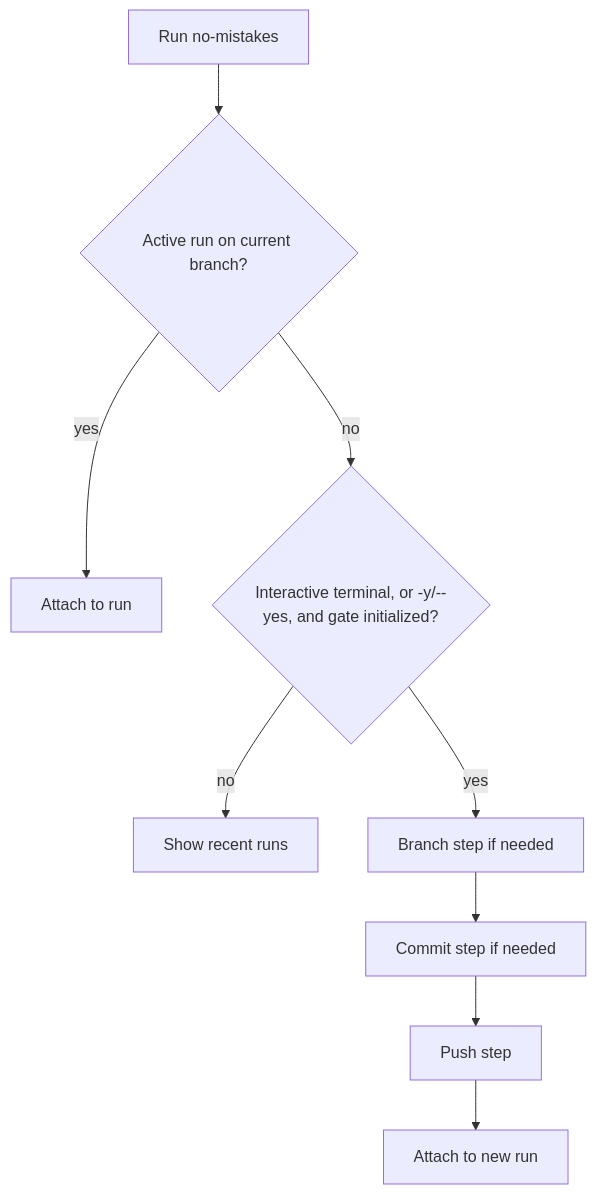
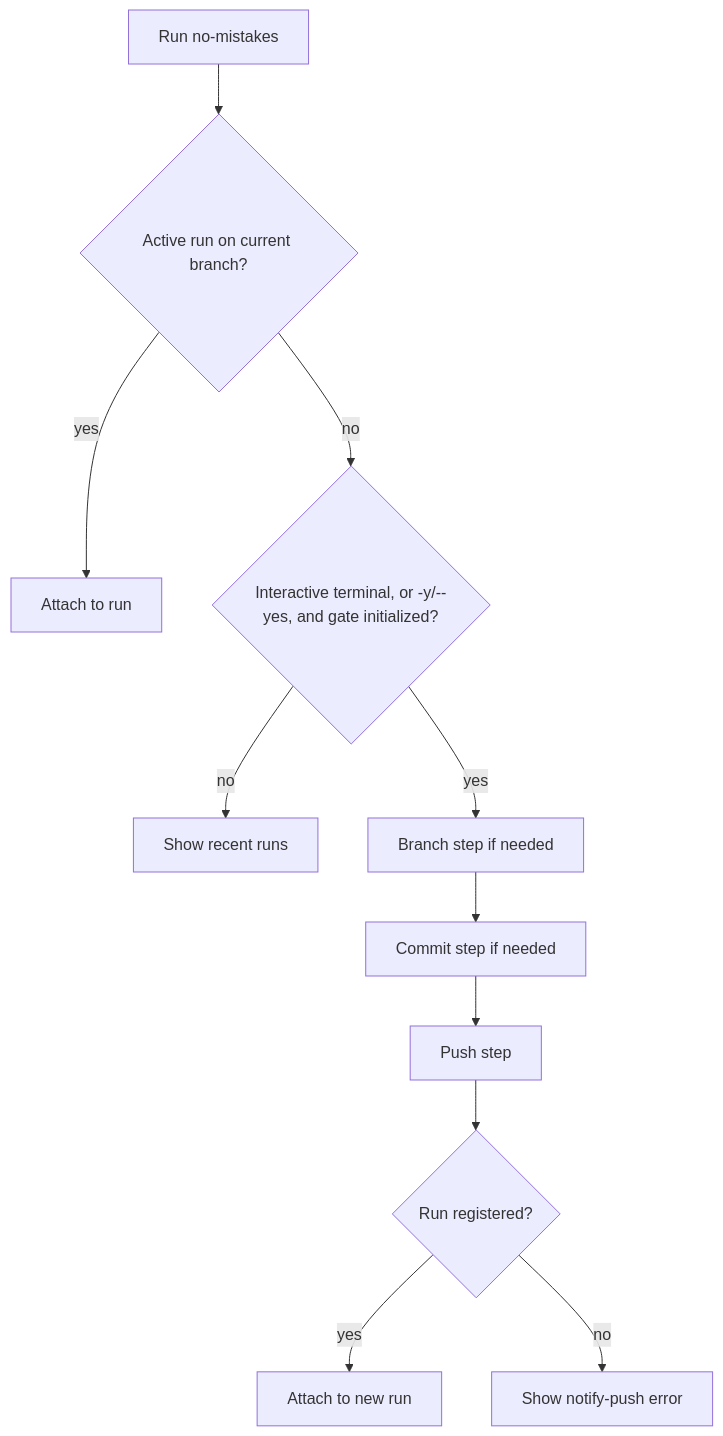
One commit to kunchenguid/no-mistakes changed the diagram in docs/src/content/docs/guides/setup-wizard.md. Above: the diagram before and after it, drawn with Mermaid. The commit also changed other lines of this file and 20 other files, not shown here.

````diff
--- a/docs/src/content/docs/guides/setup-wizard.md
+++ b/docs/src/content/docs/guides/setup-wizard.md
@@ -29,11 +30,13 @@
 ```mermaid
 flowchart TD
   start["Run no-mistakes"] --> active{"Active run on current branch?"}
   active -- "yes" --> attach["Attach to run"]
   active -- "no" --> interactive{"Interactive terminal, or -y/--yes, and gate initialized?"}
   interactive -- "no" --> recent["Show recent runs"]
   interactive -- "yes" --> branch["Branch step if needed"]
   branch --> commit["Commit step if needed"]
   commit --> push["Push step"]
-  push --> tui["Attach to new run"]
+  push --> registered{"Run registered?"}
+  registered -- "yes" --> tui["Attach to new run"]
+  registered -- "no" --> error["Show notify-push error"]
 ```
````
